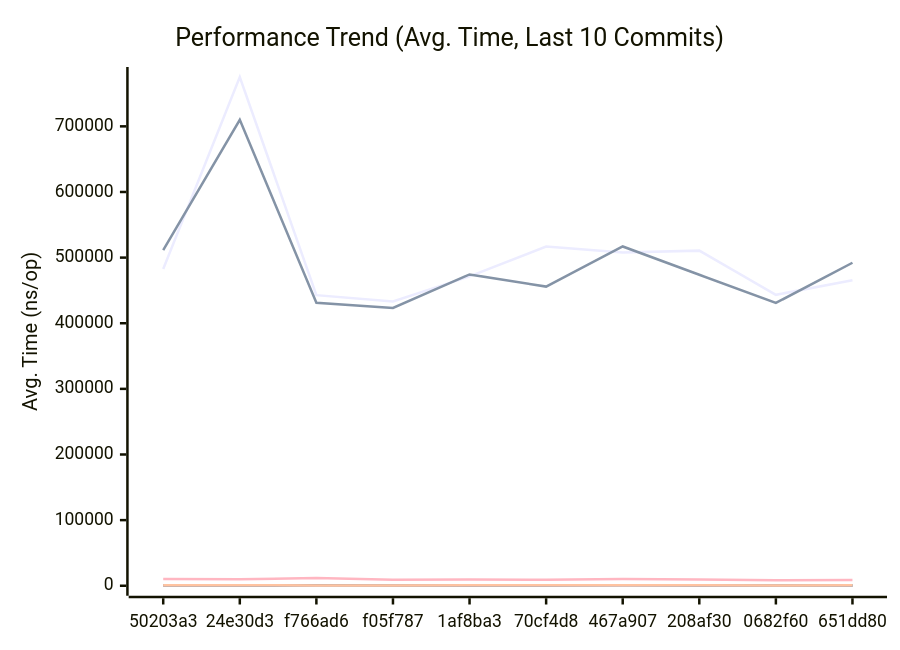
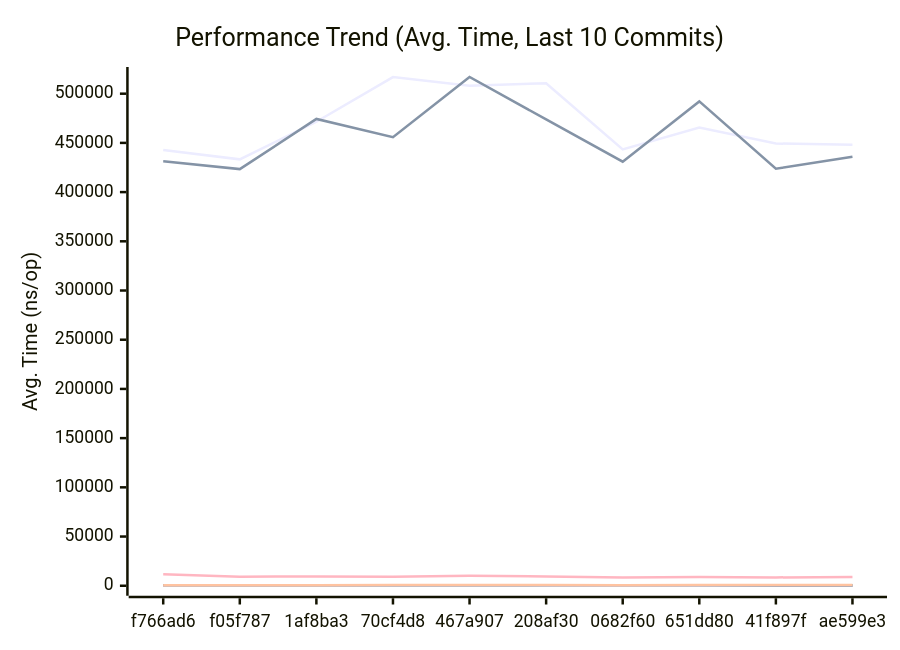
One commit to alsotoes/momo changed the first of 3 diagrams in docs/PERFORMANCE.md. Above: the diagram before and after it, drawn with Mermaid. The commit also changed other lines of this file and 3 other files, not shown here.

````diff
--- a/docs/PERFORMANCE.md
+++ b/docs/PERFORMANCE.md
@@ -145,20 +145,20 @@
 ```mermaid
 xychart-beta
     title "Performance Trend (Avg. Time, Last 10 Commits)"
     x-axis "Commit"
     y-axis "Avg. Time (ns/op)"
-    x-axis [50203a3,24e30d3,f766ad6,f05f787,1af8ba3,70cf4d8,467a907,208af30,0682f60,651dd80]
-    line "AWSChunkedReaderSigned" [482680,775197,442836,433269,471486,516881,507945,510634,443312,465495]
-    line "AWSChunkedReaderUnsigned" [511362,709921,431233,423356,474357,455846,516953,473850,430915,492166]
-    line "CheckMetricsAndSwap" [10,9,8,8,8,10,11,10,9,8]
-    line "CrushOptimized" [311,403,380,323,350,364,346,377,292,388]
-    line "CrushOriginal" [584,546,566,539,458,474,505,535,424,557]
+    x-axis [f766ad6,f05f787,1af8ba3,70cf4d8,467a907,208af30,0682f60,651dd80,41f897f,ae599e3]
+    line "AWSChunkedReaderSigned" [442836,433269,471486,516881,507945,510634,443312,465495,449386,448000]
+    line "AWSChunkedReaderUnsigned" [431233,423356,474357,455846,516953,473850,430915,492166,423737,435828]
+    line "CheckMetricsAndSwap" [8,8,8,10,11,10,9,8,8,9]
+    line "CrushOptimized" [380,323,350,364,346,377,292,388,386,330]
+    line "CrushOriginal" [566,539,458,474,505,535,424,557,423,425]
     line "IndexDirectTracking" [0,0,0,0,0,0,0,0,0,0]
-    line "IndexSearch" [3,3,3,3,3,3,3,3,3,3]
-    line "LoadGlobalConfig" [10419,9722,11718,9120,9517,9076,10103,9520,8358,8807]
-    line "PadString" [48,53,45,44,44,45,50,50,38,50]
+    line "IndexSearch" [3,3,3,3,3,3,3,3,2,2]
+    line "LoadGlobalConfig" [11718,9120,9517,9076,10103,9520,8358,8807,8472,8919]
+    line "PadString" [45,44,44,45,50,50,38,50,47,41]
     line "ParseReplicationOrder_NoPrealloc" [350,349,357,354,345,225,229,165,232,234]
     line "ParseReplicationOrder_Prealloc" [229,231,237,234,229,108,107,80,110,109]
-    line "SanitizeLog/Safe" [554,457,620,444,474,429,578,516,490,475]
-    line "SanitizeLog/Unsafe" [638,832,535,520,580,718,732,656,551,638]
+    line "SanitizeLog/Safe" [620,444,474,429,578,516,490,475,259,236]
+    line "SanitizeLog/Unsafe" [535,520,580,718,732,656,551,638,691,701]
 ```
````
